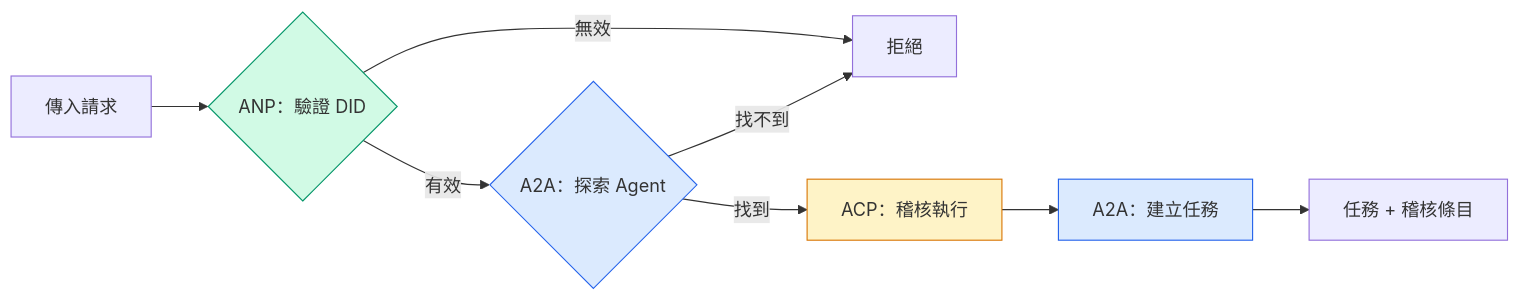
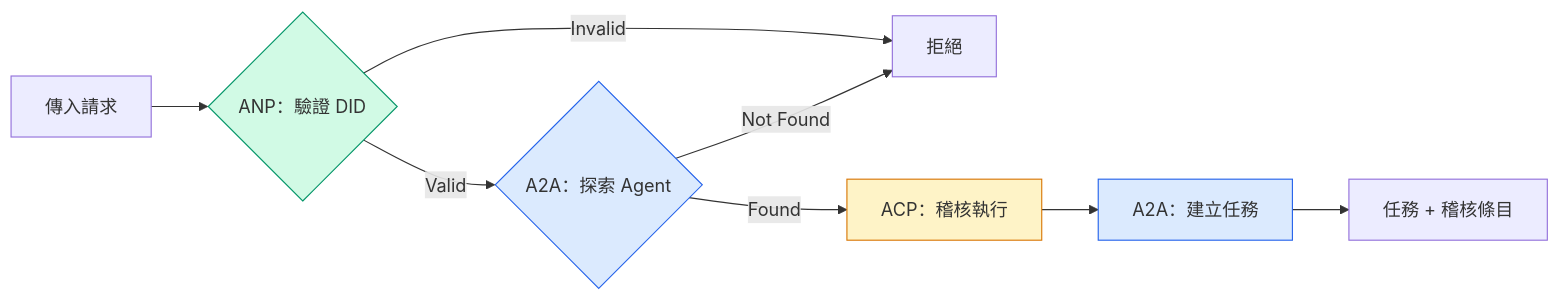
One commit to edward821220/ai-engineering-from-scratch changed diagram 12 of 13 in i18n/zh-TW/phases/16-multi-agent-and-swarms/03-communication-protocols/docs/zh-TW.md. Above: the diagram before and after it, drawn with Mermaid. The commit also changed other lines of this file and 3 other files, not shown here.

Commit message:
fix(i18n): zh-TW p16 checker cleanup (mermaid edges + URL spans)

````diff
--- a/i18n/zh-TW/phases/16-multi-agent-and-swarms/03-communication-protocols/docs/zh-TW.md
+++ b/i18n/zh-TW/phases/16-multi-agent-and-swarms/03-communication-protocols/docs/zh-TW.md
@@ -1090,15 +1090,15 @@
 ```mermaid
 graph LR
     REQ[傳入請求] --> ANP_V{ANP：驗證 DID}
-    ANP_V -->|有效| A2A_D{A2A：探索 Agent}
-    ANP_V -->|無效| REJECT[拒絕]
-    A2A_D -->|找到| ACP_A[ACP：稽核執行]
-    A2A_D -->|找不到| REJECT
+    ANP_V -->|Valid| A2A_D{A2A：探索 Agent}
+    ANP_V -->|Invalid| REJECT[拒絕]
+    A2A_D -->|Found| ACP_A[ACP：稽核執行]
+    A2A_D -->|Not Found| REJECT
     ACP_A --> A2A_T[A2A：建立任務]
     A2A_T --> RESULT[任務 + 稽核條目]
 
     style ANP_V fill:#d1fae5,stroke:#059669
     style A2A_D fill:#dbeafe,stroke:#2563eb
     style ACP_A fill:#fef3c7,stroke:#d97706
     style A2A_T fill:#dbeafe,stroke:#2563eb
 ```
````
